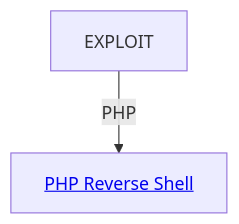
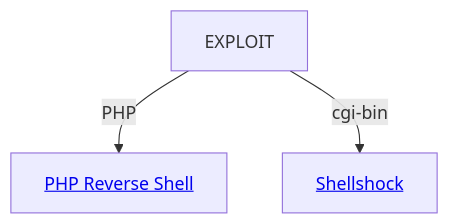
The diagram in wip_exploit_mindmap.md (nullbr41n/nullbrain), drawn with Mermaid before and after one commit.

````diff
--- a/wip_exploit_mindmap.md
+++ b/wip_exploit_mindmap.md
@@ -3,5 +3,6 @@
 ```mermaid
   graph TD;
 
   AX[EXPLOIT] -- PHP --> BX[<a href='https://github.com/nullbr41n/nullbrain/blob/main/scripts/php-reverse-shell.php'>PHP Reverse Shell</a>]
+  AX[EXPLOIT] -- cgi-bin --> CX[<a href='https://github.com/nullbr41n/nullbrain/blob/main/foothold/shellshock'>Shellshock</a>]
 ```
````
